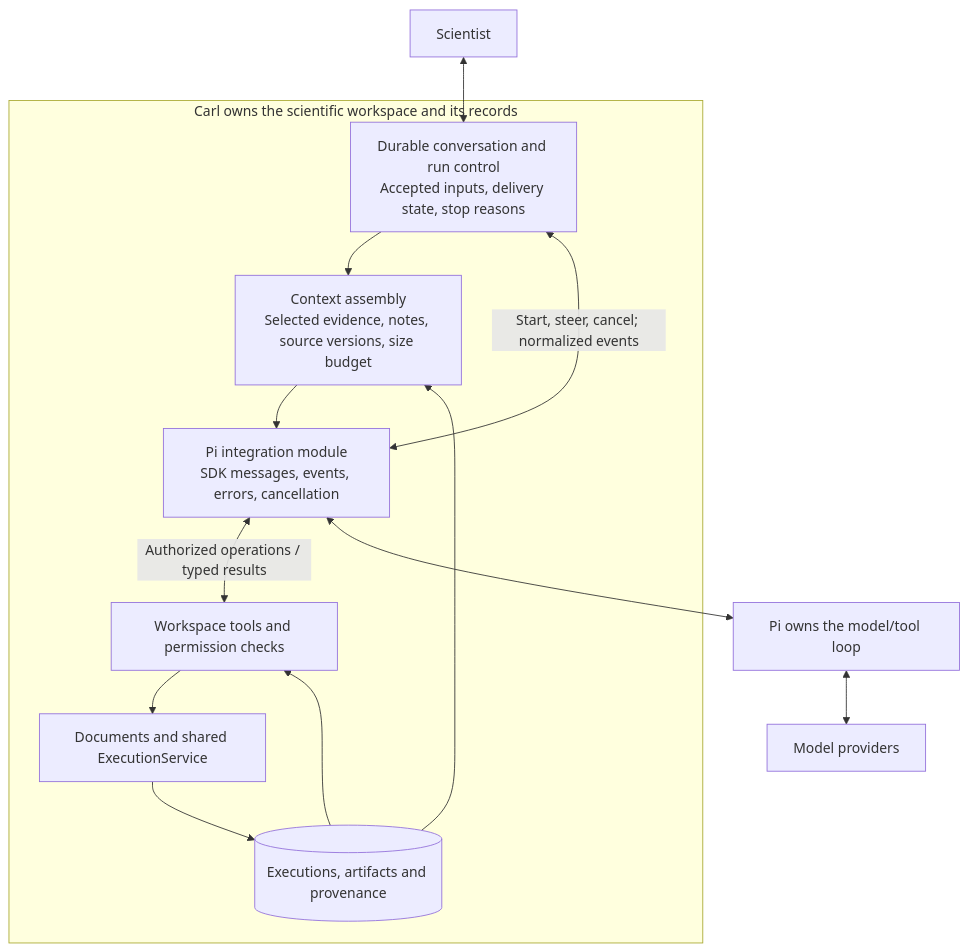
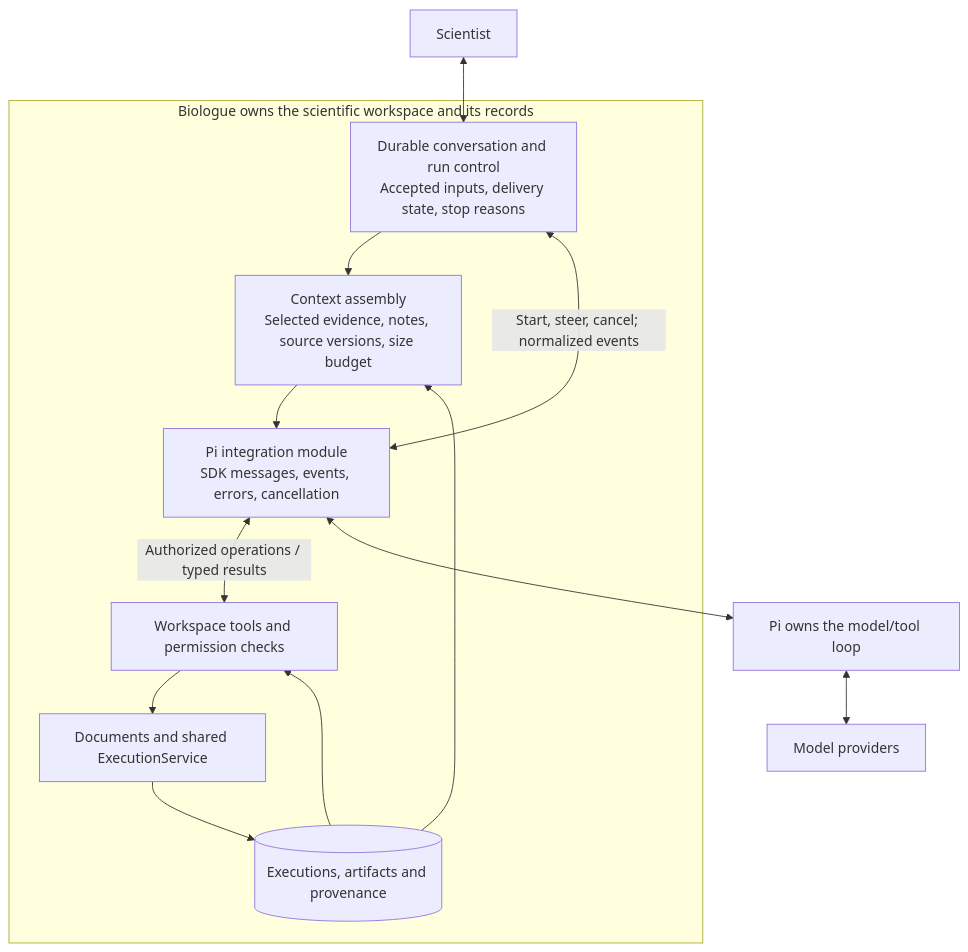
One commit to carl-stone/biologue changed the second of 2 diagrams in docs/pi-boundary-audit.md. Above: the diagram before and after it, drawn with Mermaid. The commit also changed other lines of this file and 83 other files, not shown here.

````diff
--- a/docs/pi-boundary-audit.md
+++ b/docs/pi-boundary-audit.md
@@ -263,22 +260,22 @@
 ```mermaid
 flowchart TB
     Scientist["Scientist"] <--> Session
-    subgraph Carl["Carl owns the scientific workspace and its records"]
+    subgraph Biologue["Biologue owns the scientific workspace and its records"]
         Session["Durable conversation and run control<br/>Accepted inputs, delivery state, stop reasons"]
         Context["Context assembly<br/>Selected evidence, notes, source versions, size budget"]
         Bridge["Pi integration module<br/>SDK messages, events, errors, cancellation"]
         Tools["Workspace tools and permission checks"]
         Services["Documents and shared ExecutionService"]
         Evidence[("Executions, artifacts and provenance")]
         Session --> Context
         Context --> Bridge
         Session <-->|"Start, steer, cancel; normalized events"| Bridge
         Bridge <-->|"Authorized operations / typed results"| Tools
         Tools --> Services
         Services --> Evidence
         Evidence --> Context
         Evidence --> Tools
     end
     Bridge <--> Pi["Pi owns the model/tool loop"]
     Pi <--> Models["Model providers"]
 ```
````
